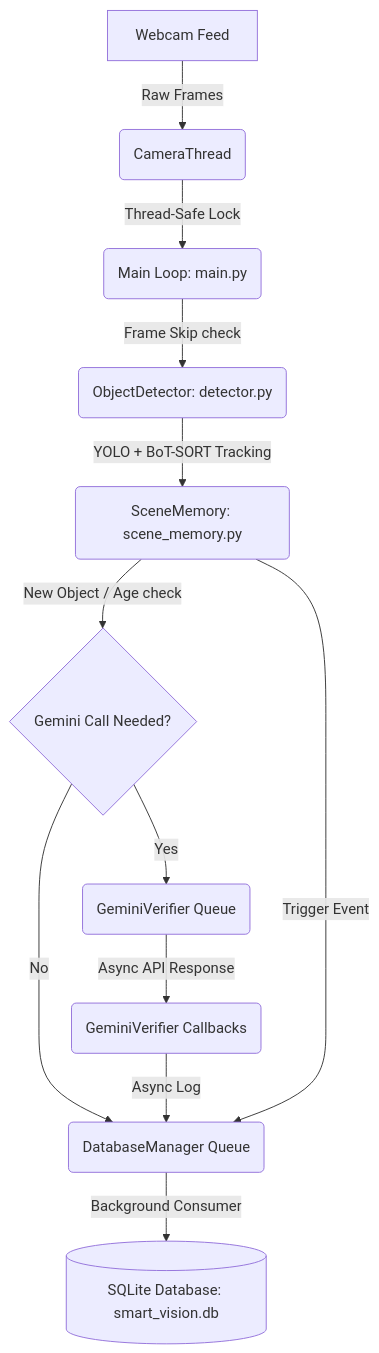
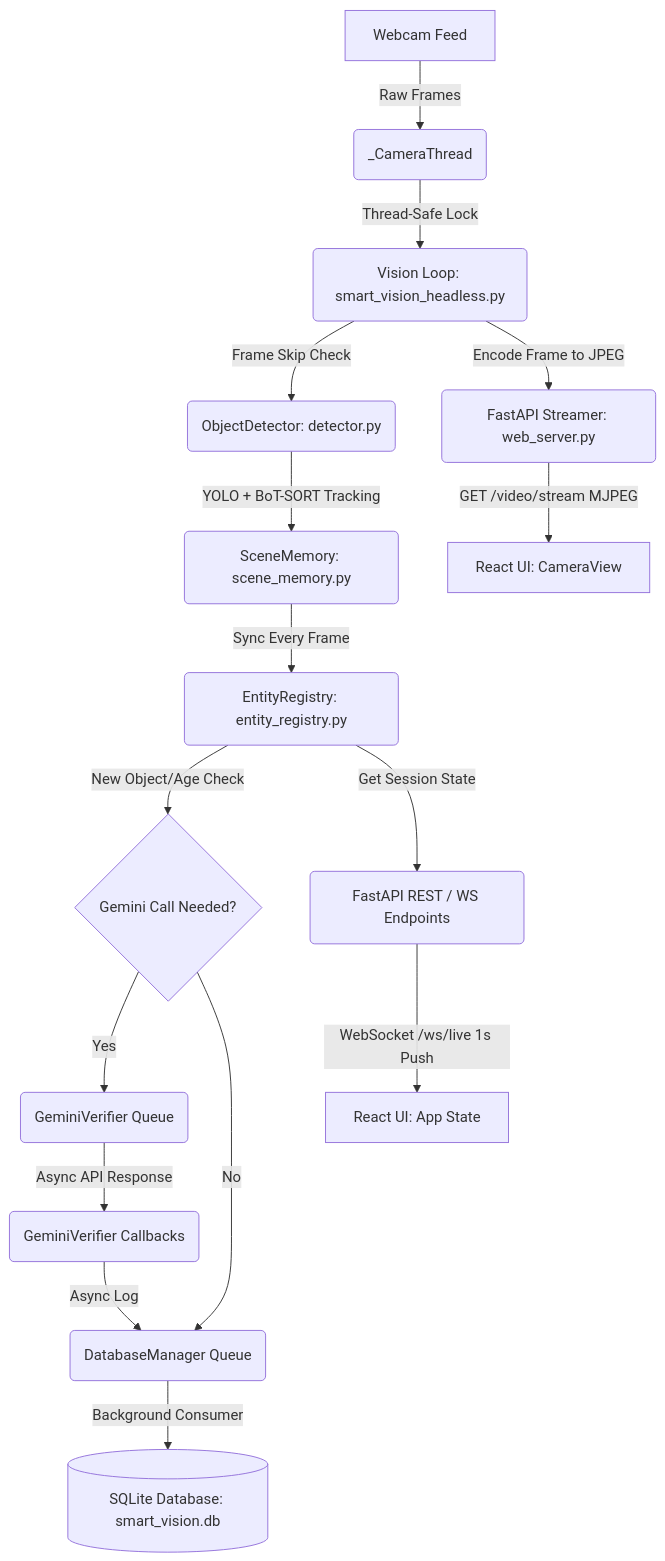
The diagram in study_guide.md (AYUS25/object-detection), drawn with Mermaid before and after one commit. The commit also changed other lines of this file and 3068 other files, not shown here.

Commit message:
Update full project - added frontend, OCR, search engine, web server and smart vision features

````diff
--- a/study_guide.md
+++ b/study_guide.md
@@ -14,14 +12,26 @@
 ```mermaid
 graph TD
-    A[Webcam Feed] -->|Raw Frames| B(CameraThread)
-    B -->|Thread-Safe Lock| C(Main Loop: main.py)
-    C -->|Frame Skip check| D(ObjectDetector: detector.py)
+    A[Webcam Feed] -->|Raw Frames| B(_CameraThread)
+    B -->|Thread-Safe Lock| C(Vision Loop: smart_vision_headless.py)
+    C -->|Frame Skip Check| D(ObjectDetector: detector.py)
     D -->|YOLO + BoT-SORT Tracking| E(SceneMemory: scene_memory.py)
-    E -->|New Object / Age check| F{Gemini Call Needed?}
-    F -->|Yes| G(GeminiVerifier Queue)
-    F -->|No| H(DatabaseManager Queue)
-    G -->|Async API Response| I(GeminiVerifier Callbacks)
-    I -->|Async Log| H
-    E -->|Trigger Event| H
-    H -->|Background Consumer| J[(SQLite Database: smart_vision.db)]
+    
+    %% Session Memory Registry Link
+    E -->|Sync Every Frame| F(EntityRegistry: entity_registry.py)
+    
+    %% Verification & DB
+    F -->|New Object/Age Check| G{Gemini Call Needed?}
+    G -->|Yes| H(GeminiVerifier Queue)
+    G -->|No| I(DatabaseManager Queue)
+    H -->|Async API Response| J(GeminiVerifier Callbacks)
+    J -->|Async Log| I
+    I -->|Background Consumer| K[(SQLite Database: smart_vision.db)]
+    
+    %% Web Services
+    C -->|Encode Frame to JPEG| L(FastAPI Streamer: web_server.py)
+    F -->|Get Session State| M(FastAPI REST / WS Endpoints)
+    
+    %% Web Client
+    L -->|GET /video/stream MJPEG| N[React UI: CameraView]
+    M -->|WebSocket /ws/live 1s Push| O[React UI: App State]
 ```
````
